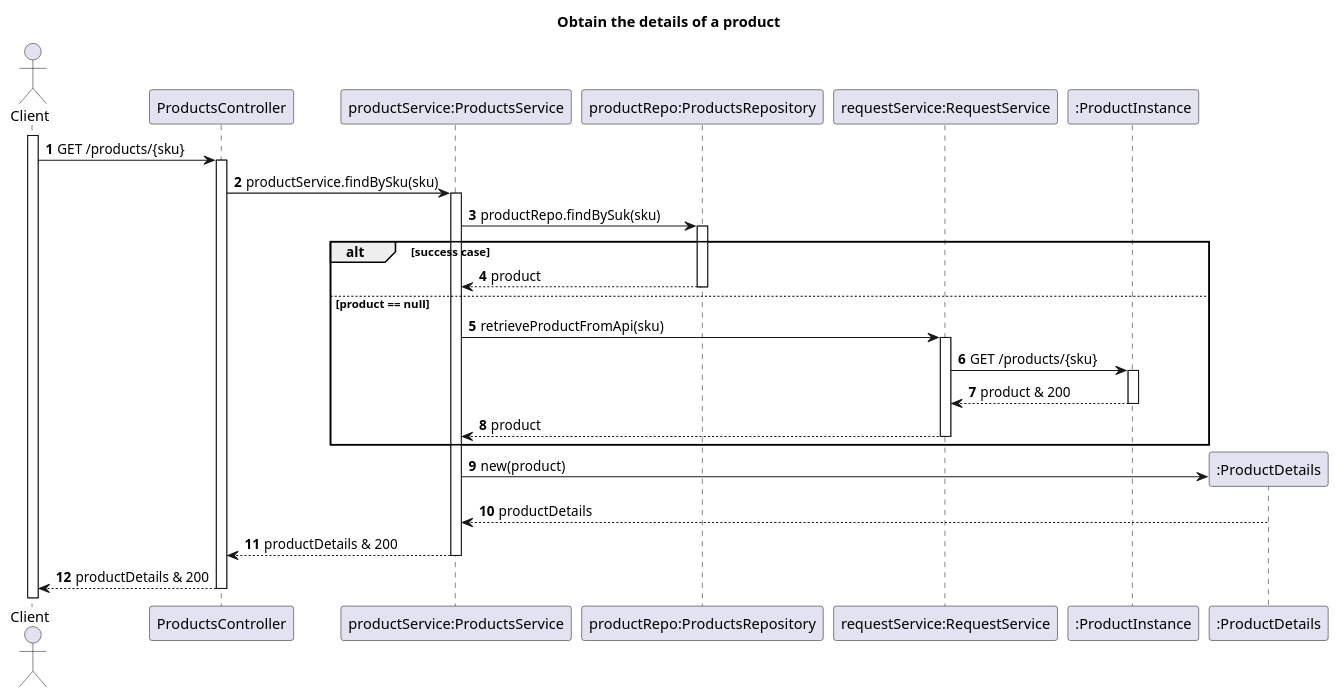
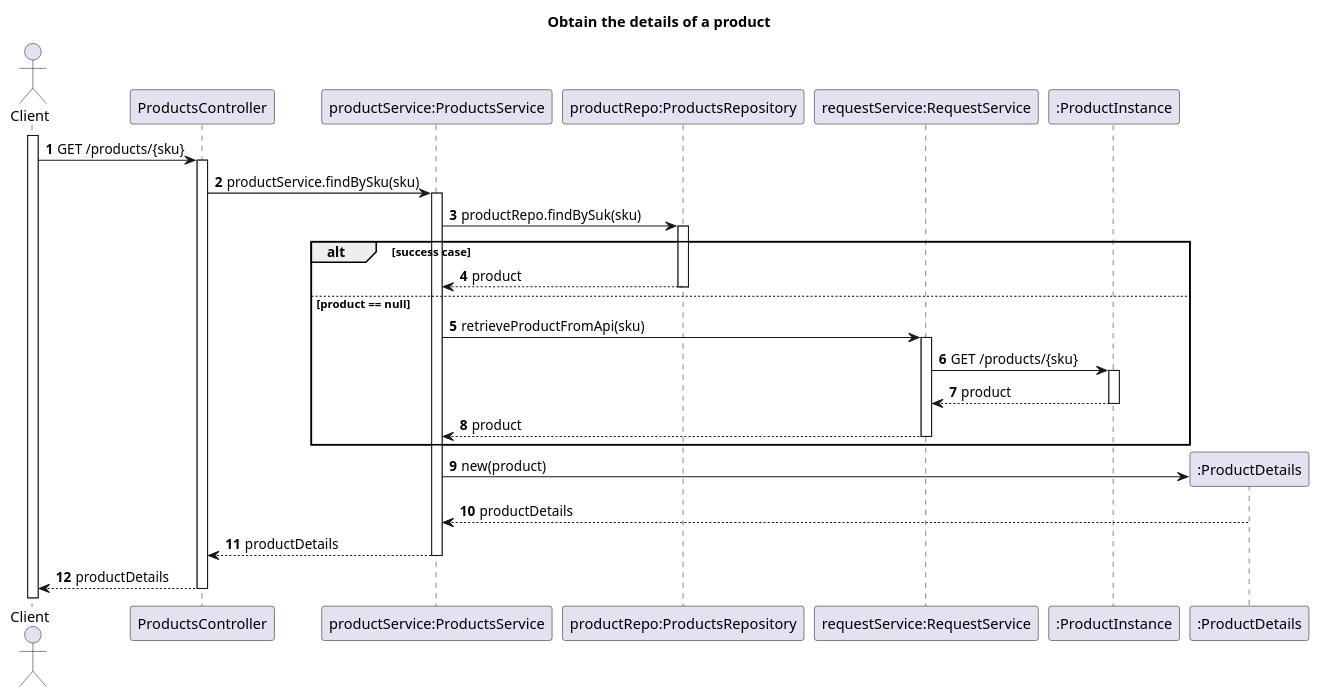
Before and after one commit to TiagoNora/SIDIS-Docs: the diagram in Docs/US02-SD.puml, drawn with PlantUML. The commit also changed 2 other files, not shown here.

```diff
--- a/Docs/US02-SD.puml
+++ b/Docs/US02-SD.puml
@@ -1,36 +1,36 @@
 @startuml
 'https://plantuml.com/sequence-diagram
 
 title Obtain the details of a product
 autoactivate on
 autonumber
 
 actor "Client" as client
 participant "ProductsController" as controller
 participant "productService:ProductsService" as service
 participant "productRepo:ProductsRepository" as repository
 participant "requestService:RequestService" as request
 participant ":ProductInstance" as instance
 participant ":ProductDetails" as details
 
 activate client
 
 client -> controller: GET /products/{sku}
 controller -> service : productService.findBySku(sku)
 service -> repository: productRepo.findBySuk(sku)
 alt success case
 repository --> service: product
 else product == null
 service -> request:retrieveProductFromApi(sku)
 request -> instance: GET /products/{sku}
-instance --> request: product & 200
+instance --> request: product
 request --> service: product
 end
 
 service -> details**: new(product)
 details --> service: productDetails
-service --> controller: productDetails & 200
-controller --> client: productDetails & 200
+service --> controller: productDetails
+controller --> client: productDetails
 
 
 @enduml
```
